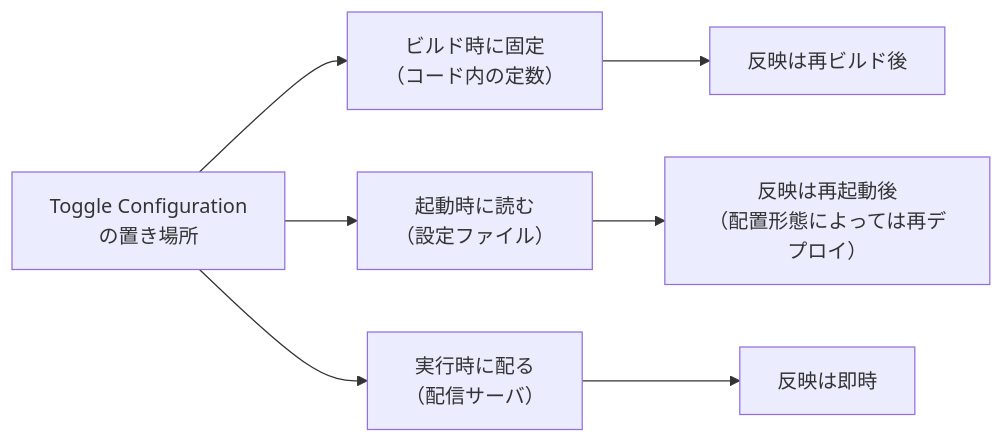
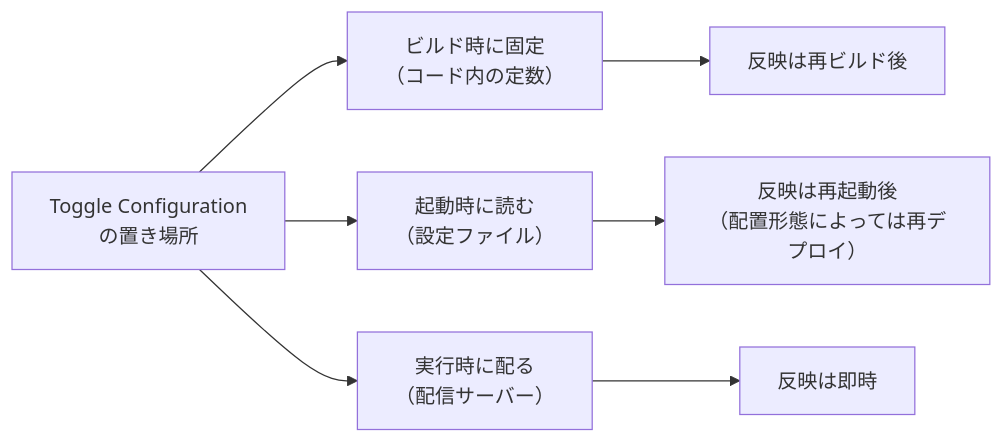
One commit to nao1215/debimate changed the sixth of 6 diagrams in content/notes/software-architecture/feature-flag/index.md. Above: the diagram before and after it, drawn with Mermaid. The commit also changed other lines of this file and 56 other files, not shown here.

````diff
--- a/content/notes/software-architecture/feature-flag/index.md
+++ b/content/notes/software-architecture/feature-flag/index.md
@@ -173,9 +173,9 @@
 ```mermaid
 flowchart LR
     S["Toggle Configuration<br/>の置き場所"] --> P1["ビルド時に固定<br/>（コード内の定数）"]
     S --> P2["起動時に読む<br/>（設定ファイル）"]
-    S --> P3["実行時に配る<br/>（配信サーバ）"]
+    S --> P3["実行時に配る<br/>（配信サーバー）"]
     P1 --> E1["反映は再ビルド後"]
     P2 --> E2["反映は再起動後<br/>（配置形態によっては再デプロイ）"]
     P3 --> E3["反映は即時"]
 ```
````
